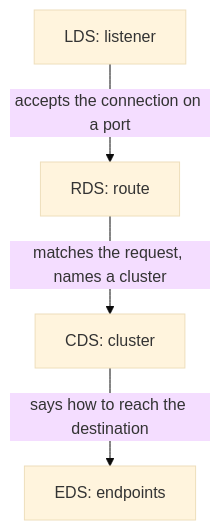
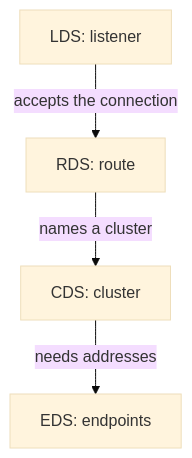
Before and after one commit to astrona-io/ATS016: the second of 3 diagrams in sections/section-030/module-02/course-01-xds-and-acknowledgement.md, drawn with Mermaid (base theme). The commit also changed other lines of this file and 38 other files, not shown here.

````diff
--- a/sections/section-030/module-02/course-01-xds-and-acknowledgement.md
+++ b/sections/section-030/module-02/course-01-xds-and-acknowledgement.md
@@ -41,6 +33,6 @@
 ```mermaid
 flowchart TB
-    L["LDS: listener"] -->|"accepts the connection on a port"| R["RDS: route"]
-    R -->|"matches the request, names a cluster"| C["CDS: cluster"]
-    C -->|"says how to reach the destination"| E["EDS: endpoints"]
+    L["LDS: listener"] -->|"accepts the connection"| R["RDS: route"]
+    R -->|"names a cluster"| C["CDS: cluster"]
+    C -->|"needs addresses"| E["EDS: endpoints"]
 ```
````
